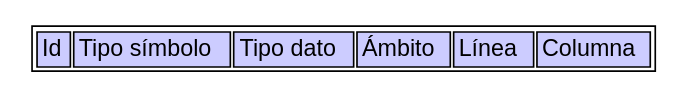
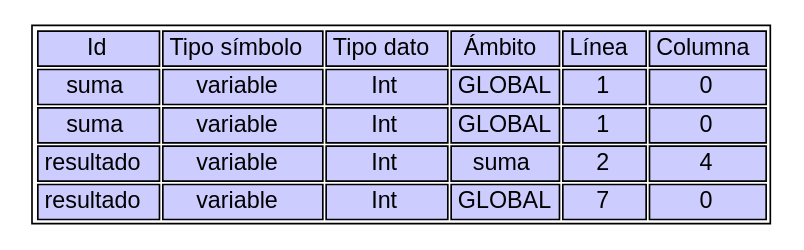
One commit to Angelgt3/OLC2_P2_201901055 changed the diagram in Backend/Reportes_Creados/ Reporte_TS.dot. Above: the diagram before and after it, drawn with Graphviz. The commit also changed 3 other files, not shown here.

```diff
--- a/Backend/Reportes_Creados/ Reporte_TS.dot
+++ b/Backend/Reportes_Creados/ Reporte_TS.dot
@@ -1,12 +1,36 @@
 digraph TS{ 
 node [ shape=none fontname=Helvetica] 
 n1 [ label = <<table><tr> 
 <td colspan="2" bgcolor="#ccccff">Id</td>
 <td colspan="2" bgcolor="#ccccff">Tipo símbolo</td>
 <td colspan="2" bgcolor="#ccccff">Tipo dato</td>
 <td colspan="2" bgcolor="#ccccff">Ámbito</td>
 <td colspan="2" bgcolor="#ccccff">Línea </td>
 <td colspan="2" bgcolor="#ccccff">Columna</td>
 </tr>
+<tr><td colspan="2" bgcolor="#ccccff">suma</td>
+<td colspan="2" bgcolor="#ccccff">variable</td>
+<td colspan="2" bgcolor="#ccccff">Int</td>
+<td colspan="2" bgcolor="#ccccff">GLOBAL</td>
+<td colspan="2" bgcolor="#ccccff">1</td>
+<td colspan="2" bgcolor="#ccccff">0</td></tr>
+<tr><td colspan="2" bgcolor="#ccccff">suma</td>
+<td colspan="2" bgcolor="#ccccff">variable</td>
+<td colspan="2" bgcolor="#ccccff">Int</td>
+<td colspan="2" bgcolor="#ccccff">GLOBAL</td>
+<td colspan="2" bgcolor="#ccccff">1</td>
+<td colspan="2" bgcolor="#ccccff">0</td></tr>
+<tr><td colspan="2" bgcolor="#ccccff">resultado</td>
+<td colspan="2" bgcolor="#ccccff">variable</td>
+<td colspan="2" bgcolor="#ccccff">Int</td>
+<td colspan="2" bgcolor="#ccccff">suma</td>
+<td colspan="2" bgcolor="#ccccff">2</td>
+<td colspan="2" bgcolor="#ccccff">4</td></tr>
+<tr><td colspan="2" bgcolor="#ccccff">resultado</td>
+<td colspan="2" bgcolor="#ccccff">variable</td>
+<td colspan="2" bgcolor="#ccccff">Int</td>
+<td colspan="2" bgcolor="#ccccff">GLOBAL</td>
+<td colspan="2" bgcolor="#ccccff">7</td>
+<td colspan="2" bgcolor="#ccccff">0</td></tr>
 </table> > ]; 
  }
```
